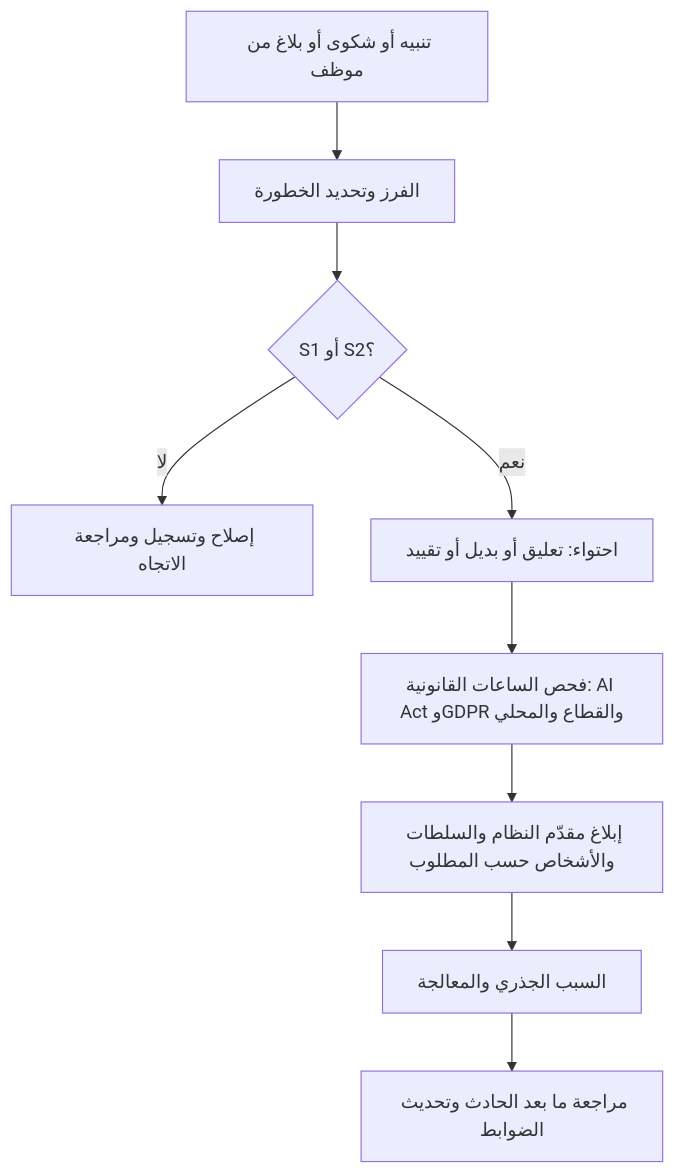
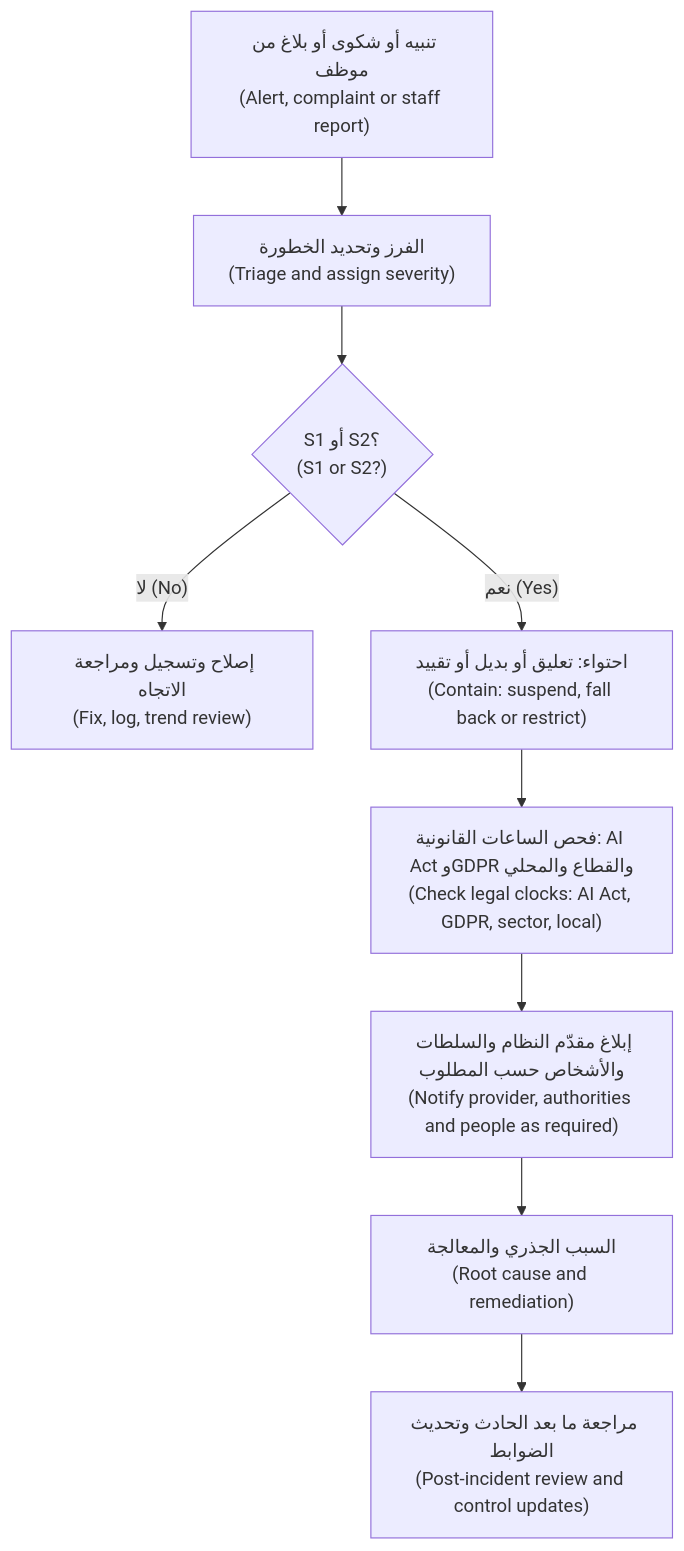
The second of 3 diagrams in aigp/modules/10-release-monitor.ar.md (Tamoura/system-design-for-vibe-coders), drawn with Mermaid before and after one commit. The commit also changed other lines of this file and 62 other files, not shown here.

First line of the commit message:
Arabic editions: English on every diagram label, RTL fixes, rebuild

````diff
--- a/aigp/modules/10-release-monitor.ar.md
+++ b/aigp/modules/10-release-monitor.ar.md
@@ -338,11 +338,11 @@
 ```mermaid
 flowchart TD
-  A[تنبيه أو شكوى أو بلاغ من موظف] --> B[الفرز وتحديد الخطورة]
-  B --> C{S1 أو S2؟}
-  C -- لا --> D[إصلاح وتسجيل ومراجعة الاتجاه]
-  C -- نعم --> E[احتواء: تعليق أو بديل أو تقييد]
-  E --> F[فحص الساعات القانونية: AI Act وGDPR والقطاع والمحلي]
-  F --> G[إبلاغ مقدّم النظام والسلطات والأشخاص حسب المطلوب]
-  G --> H[السبب الجذري والمعالجة]
-  H --> I[مراجعة ما بعد الحادث وتحديث الضوابط]
+  A["تنبيه أو شكوى أو بلاغ من موظف<br/>(Alert, complaint or staff report)"] --> B["الفرز وتحديد الخطورة<br/>(Triage and assign severity)"]
+  B --> C{"S1 أو S2؟<br/>(S1 or S2?)"}
+  C -- "لا (No)" --> D["إصلاح وتسجيل ومراجعة الاتجاه<br/>(Fix, log, trend review)"]
+  C -- "نعم (Yes)" --> E["احتواء: تعليق أو بديل أو تقييد<br/>(Contain: suspend, fall back or restrict)"]
+  E --> F["فحص الساعات القانونية: AI Act وGDPR والقطاع والمحلي<br/>(Check legal clocks: AI Act, GDPR, sector, local)"]
+  F --> G["إبلاغ مقدّم النظام والسلطات والأشخاص حسب المطلوب<br/>(Notify provider, authorities and people as required)"]
+  G --> H["السبب الجذري والمعالجة<br/>(Root cause and remediation)"]
+  H --> I["مراجعة ما بعد الحادث وتحديث الضوابط<br/>(Post-incident review and control updates)"]
 ```
````
